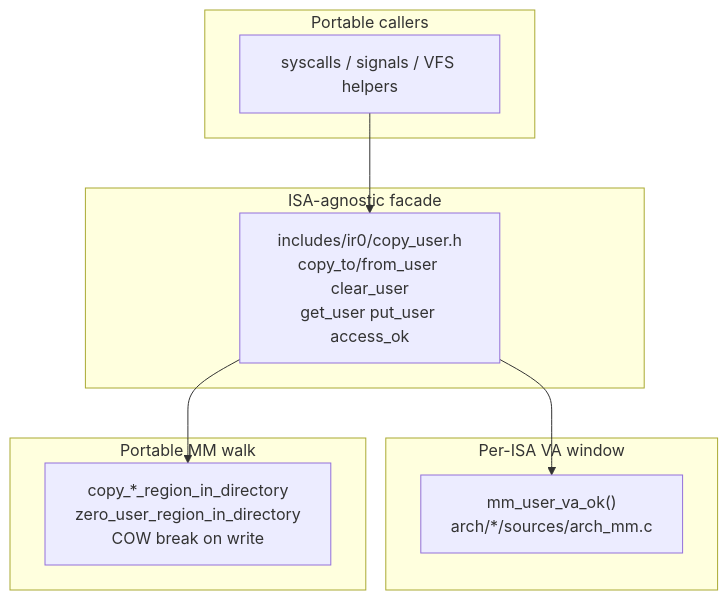
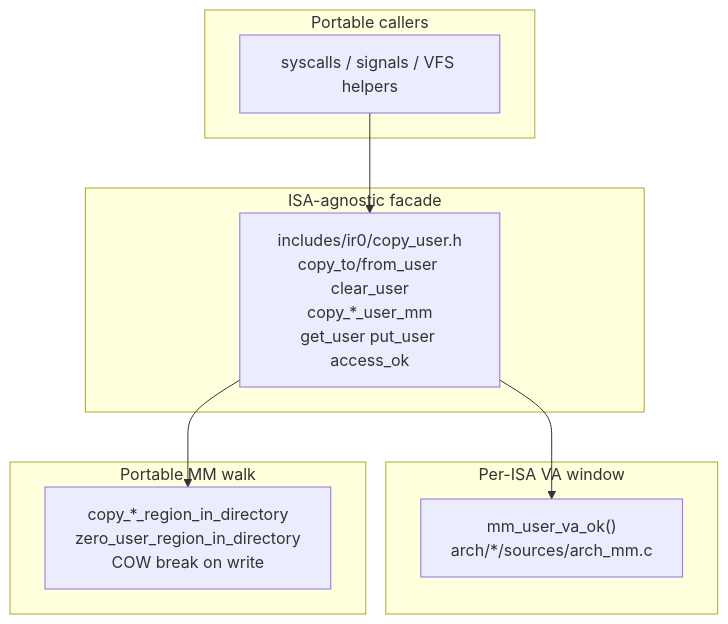
One commit to IRodriguez13/IR0 changed the diagram in Documentation/uaccess.md. Above: the diagram before and after it, drawn with Mermaid. The commit also changed other lines of this file and 23 other files, not shown here.

````diff
--- a/Documentation/uaccess.md
+++ b/Documentation/uaccess.md
@@ -35,17 +36,17 @@
 ```mermaid
 flowchart TB
   subgraph callers [Portable callers]
     Sys[syscalls / signals / VFS helpers]
   end
   subgraph facade [ISA-agnostic facade]
-    CU["includes/ir0/copy_user.h<br/>copy_to/from_user clear_user<br/>get_user put_user access_ok"]
+    CU["includes/ir0/copy_user.h<br/>copy_to/from_user clear_user<br/>copy_*_user_mm<br/>get_user put_user access_ok"]
   end
   subgraph isa [Per-ISA VA window]
     VA["mm_user_va_ok()<br/>arch/*/sources/arch_mm.c"]
   end
   subgraph mm [Portable MM walk]
     REG["copy_*_region_in_directory<br/>zero_user_region_in_directory<br/>COW break on write"]
   end
   Sys --> CU --> VA
   CU --> REG
 ```
````
